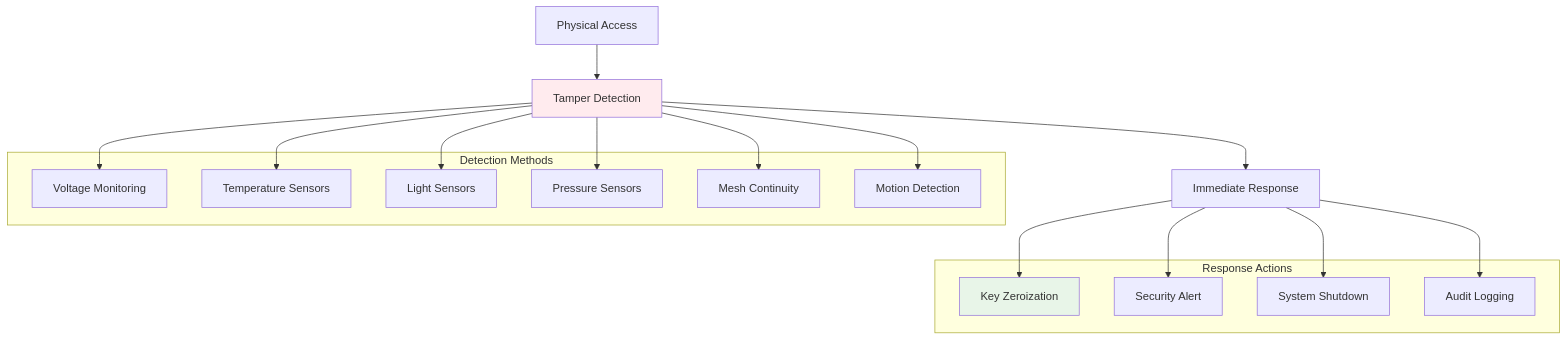
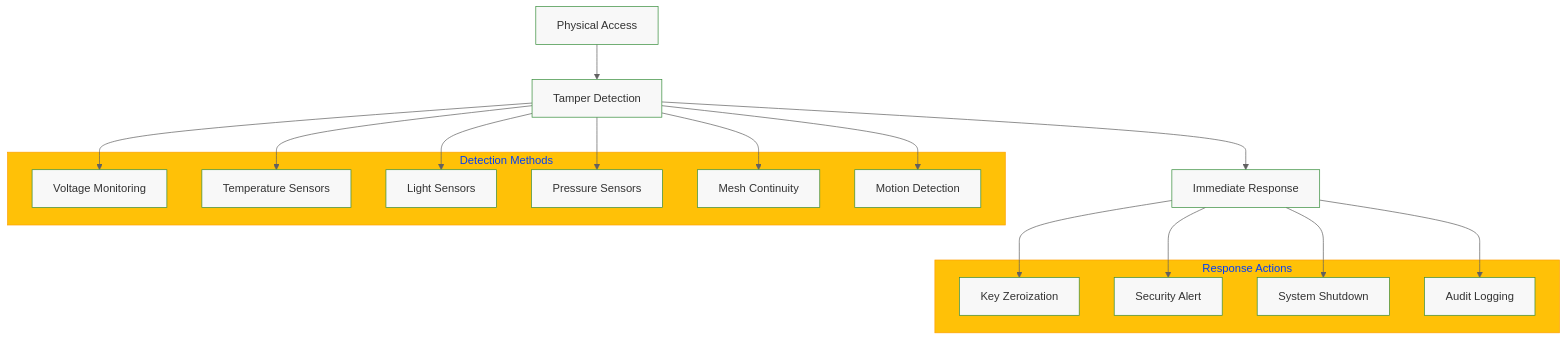
One commit to nshkrdotcom/ChronoLedger changed the second of 2 diagrams in docs/security.md. Above: the diagram before and after it, drawn with Mermaid. The commit also changed other lines of this file and 6 other files, not shown here.

````diff
--- a/docs/security.md
+++ b/docs/security.md
@@ -174,36 +179,44 @@
 ```mermaid
+%%{init: {'theme': 'base', 'themeVariables': {
+    'primaryColor': '#4CAF50',
+    'primaryBorderColor': '#388E3C',
+    'secondaryColor': '#2196F3',
+    'secondaryBorderColor': '#1976D2',
+    'tertiaryColor': '#FFC107',
+    'tertiaryBorderColor': '#FFA000',
+    'lineColor': '#616161',
+    'textColor': '#212121',
+    'mainBkg': '#F8F8F8'
+}}}%%
 graph TD
     PHYSICAL[Physical Access] --> DETECTION[Tamper Detection]
     DETECTION --> RESPONSE[Immediate Response]
     
     subgraph "Detection Methods"
         VOLTAGE[Voltage Monitoring]
         TEMP[Temperature Sensors]
         LIGHT[Light Sensors]
         PRESSURE[Pressure Sensors]
         MESH_SENSE[Mesh Continuity]
         MOTION[Motion Detection]
     end
     
     subgraph "Response Actions"
         ZEROIZE[Key Zeroization]
         ALERT[Security Alert]
         SHUTDOWN[System Shutdown]
         LOG[Audit Logging]
     end
     
     DETECTION --> VOLTAGE
     DETECTION --> TEMP
     DETECTION --> LIGHT
     DETECTION --> PRESSURE
     DETECTION --> MESH_SENSE
     DETECTION --> MOTION
     
     RESPONSE --> ZEROIZE
     RESPONSE --> ALERT
     RESPONSE --> SHUTDOWN
     RESPONSE --> LOG
-    
-    style DETECTION fill:#ffebee
-    style ZEROIZE fill:#e8f5e8
 ```
````
